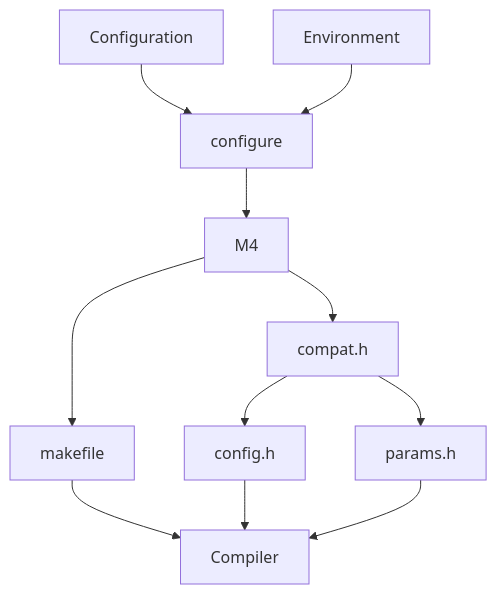
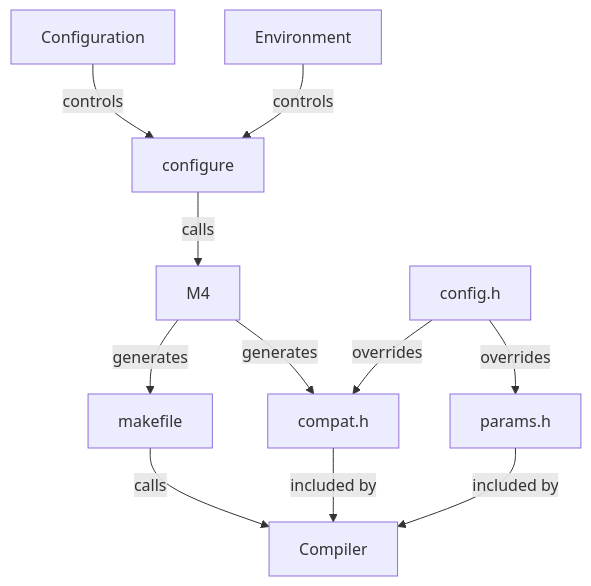
Before and after one commit to odkr/sucgi: the diagram in docs/build.md, drawn with Mermaid. The commit also changed other lines of this file, not shown here.

Commit message:
docs: minor changes.

````diff
--- a/docs/build.md
+++ b/docs/build.md
@@ -88,12 +88,16 @@
 ```mermaid
 graph TD
 
-Configuration --> configure
-Environment --> configure
-configure --> M4
-M4 --> makefile
-M4 --> compat.h
-makefile --> Compiler
-compat.h --> config.h --> Compiler
-compat.h --> params.h --> Compiler
+Configuration -- controls --> configure
+Environment -- controls --> configure
+
+configure -- calls --> M4
+
+M4 -- generates --> makefile
+M4 -- generates --> compat.h
+
+makefile -- calls --> Compiler
+
+config.h -- overrides --> compat.h -- included by --> Compiler
+config.h -- overrides --> params.h -- included by --> Compiler
 ```
````
